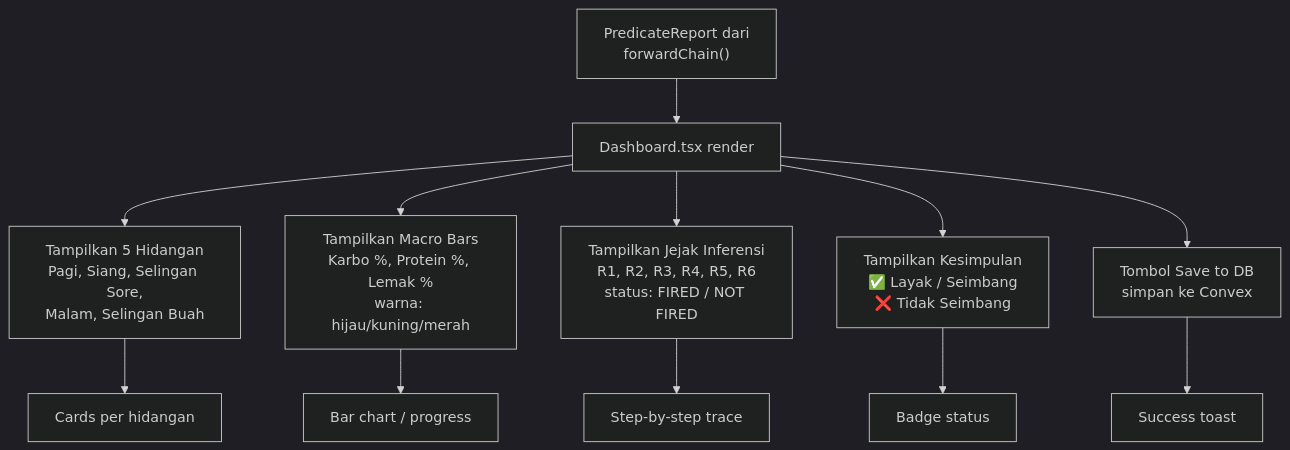
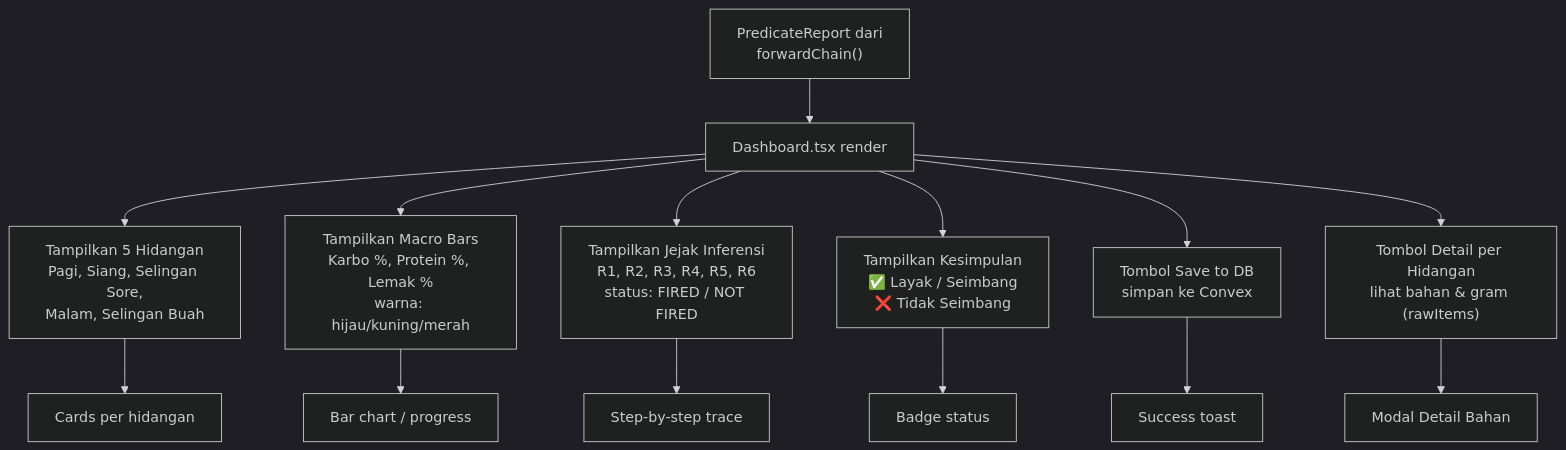
The fourth of 6 diagrams in FLOWCHART_SISTEM.md (emojibanana/menu-giziku), drawn with Mermaid (dark theme) before and after one commit. The commit also changed 1 other file, not shown here.

Commit message:
docs: update README dan flowchart dengan fitur detail bahan

````diff
--- a/FLOWCHART_SISTEM.md
+++ b/FLOWCHART_SISTEM.md
@@ -100,15 +100,17 @@
 ```mermaid
 flowchart TD
     A["PredicateReport dari<br/>forwardChain()"] --> B["Dashboard.tsx render"]
     B --> C["Tampilkan 5 Hidangan<br/>Pagi, Siang, Selingan Sore,<br/>Malam, Selingan Buah"]
     B --> D["Tampilkan Macro Bars<br/>Karbo %, Protein %, Lemak %<br/>warna: hijau/kuning/merah"]
     B --> E["Tampilkan Jejak Inferensi<br/>R1, R2, R3, R4, R5, R6<br/>status: FIRED / NOT FIRED"]
     B --> F["Tampilkan Kesimpulan<br/>✅ Layak / Seimbang<br/>❌ Tidak Seimbang"]
     B --> G["Tombol Save to DB<br/>simpan ke Convex"]
+    B --> H["Tombol Detail per Hidangan<br/>lihat bahan & gram (rawItems)"]
 
-    C --> H["Cards per hidangan"]
-    D --> I["Bar chart / progress"]
-    E --> J["Step-by-step trace"]
-    F --> K["Badge status"]
-    G --> L["Success toast"]
+    C --> I["Cards per hidangan"]
+    D --> J["Bar chart / progress"]
+    E --> K["Step-by-step trace"]
+    F --> L["Badge status"]
+    G --> M["Success toast"]
+    H --> N["Modal Detail Bahan"]
 ```
````
